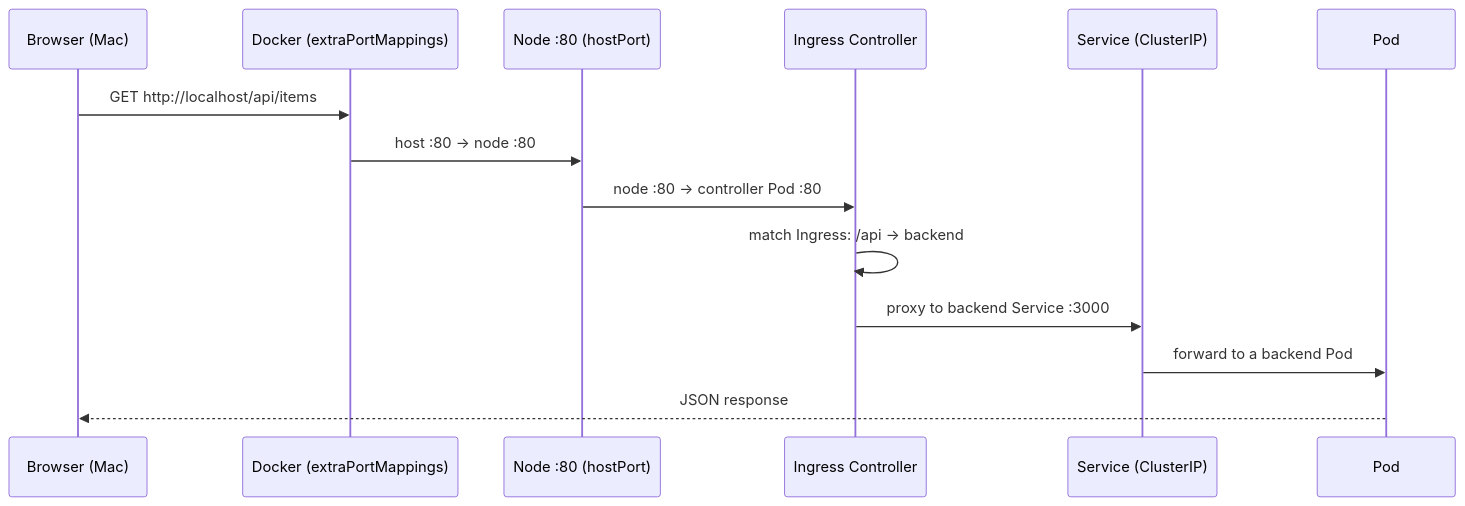
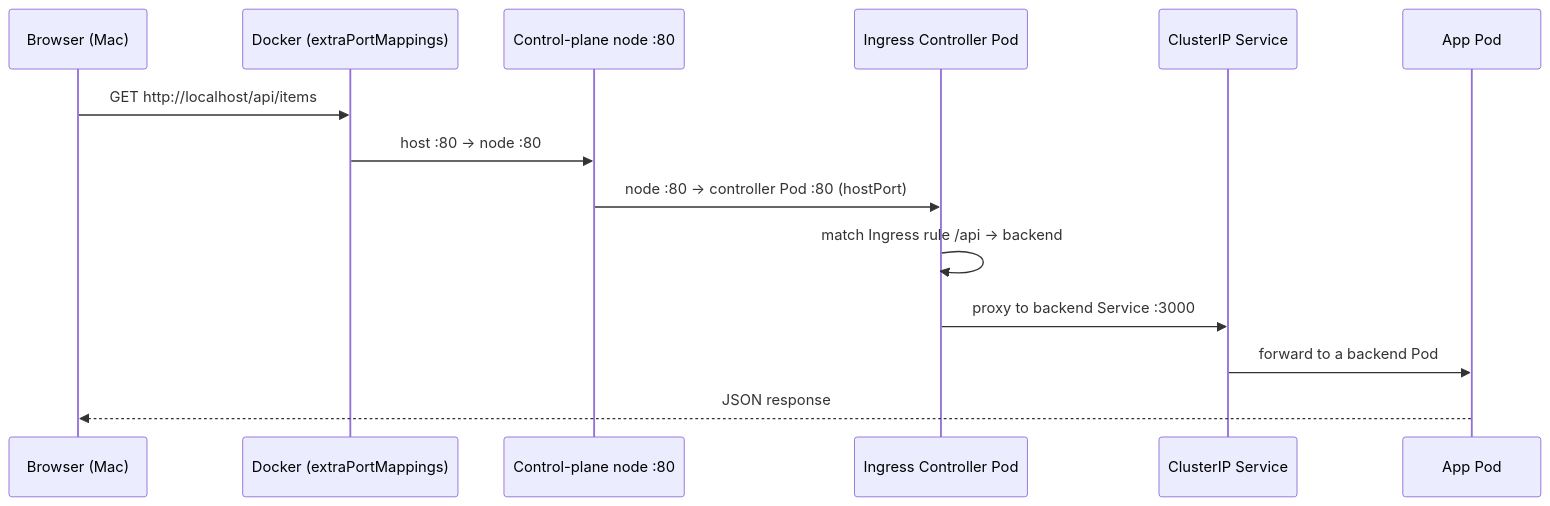
Before and after one commit to 24thAbhinav/K8s: the second of 3 diagrams in basics/webapp-ingress/WITHOUT-LOADBALANCER.md, drawn with Mermaid. The commit also changed other lines of this file and 1 other file, not shown here.

Commit message:
docs: correct and clarify Ingress networking in webapp-ingress docs

````diff
--- a/basics/webapp-ingress/WITHOUT-LOADBALANCER.md
+++ b/basics/webapp-ingress/WITHOUT-LOADBALANCER.md
@@ -30,16 +33,16 @@
 ```mermaid
 sequenceDiagram
   participant U as Browser (Mac)
   participant DK as Docker (extraPortMappings)
-  participant N as Node :80 (hostPort)
-  participant IC as Ingress Controller
-  participant S as Service (ClusterIP)
-  participant P as Pod
+  participant N as Control-plane node :80
+  participant IC as Ingress Controller Pod
+  participant S as ClusterIP Service
+  participant P as App Pod
   U->>DK: GET http://localhost/api/items
   DK->>N: host :80 → node :80
-  N->>IC: node :80 → controller Pod :80
-  IC->>IC: match Ingress: /api → backend
+  N->>IC: node :80 → controller Pod :80 (hostPort)
+  IC->>IC: match Ingress rule /api → backend
   IC->>S: proxy to backend Service :3000
   S->>P: forward to a backend Pod
   P-->>U: JSON response
 ```
````
